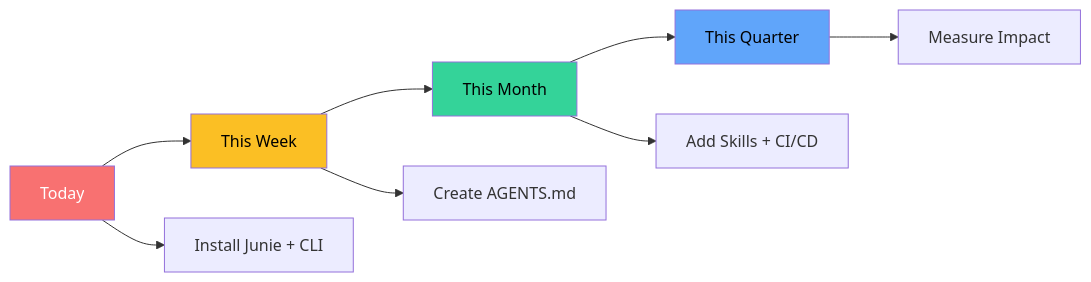
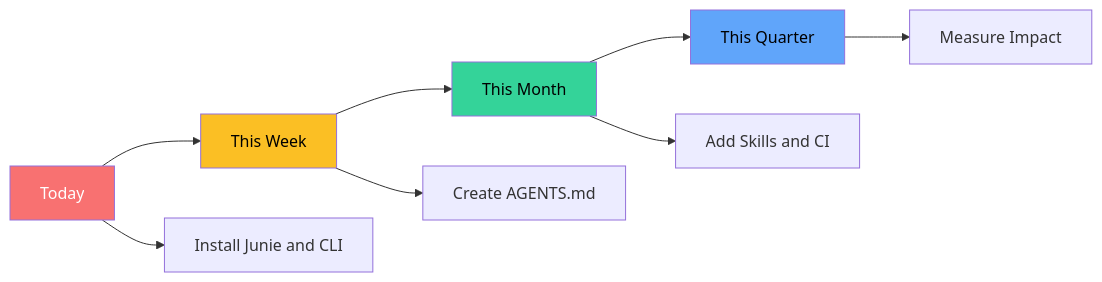
Before and after one commit to kousen/junie-training: the eighth of 8 diagrams in slides.md, drawn with Mermaid. The commit also changed other lines of this file and 29 other files, not shown here.

````diff
--- a/slides.md
+++ b/slides.md
@@ -1083,16 +1067,16 @@
 ```mermaid
 graph LR
     A[Today] --> B[This Week]
     B --> C[This Month]
     C --> D[This Quarter]
 
-    A --> A1[Install Junie + CLI]
+    A --> A1[Install Junie and CLI]
     B --> B1[Create AGENTS.md]
-    C --> C1[Add Skills + CI/CD]
+    C --> C1[Add Skills and CI]
     D --> D1[Measure Impact]
 
     style A fill:#f87171,color:#fff
     style B fill:#fbbf24,color:#000
     style C fill:#34d399,color:#000
     style D fill:#60a5fa,color:#000
 ```
````
